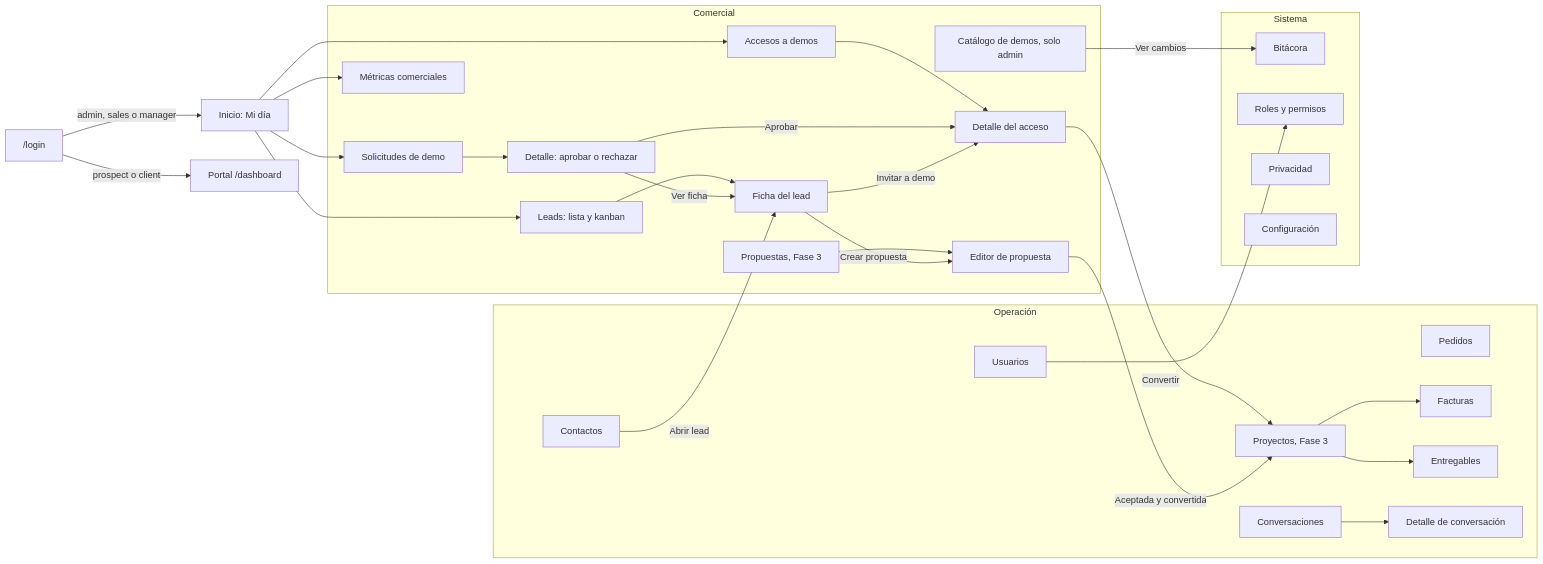
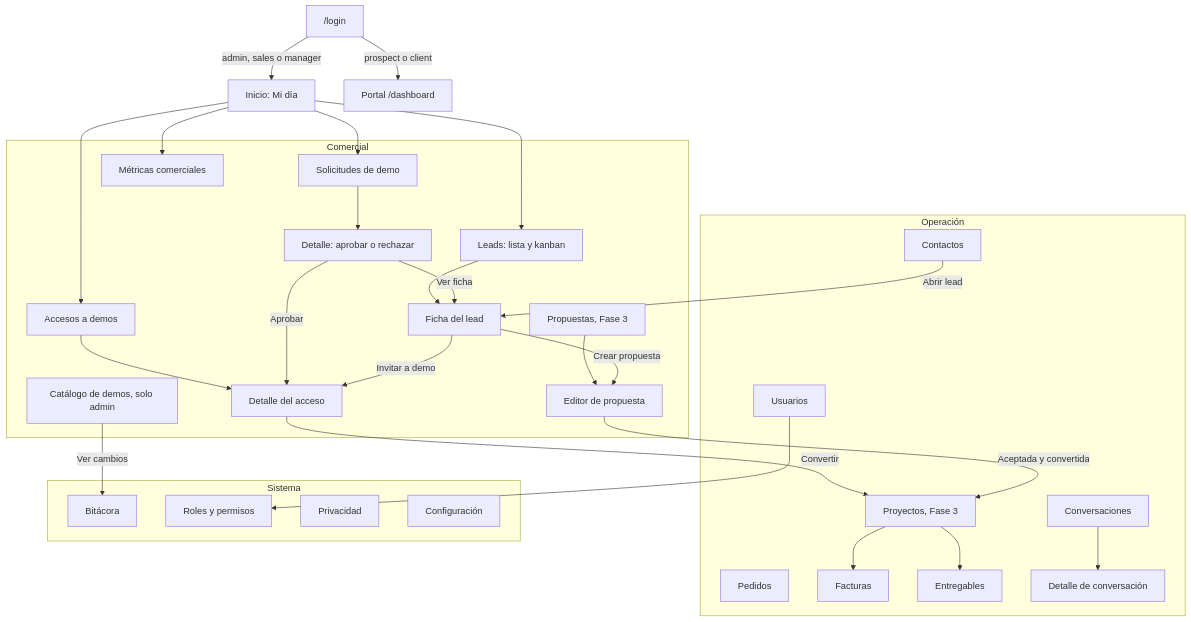
One commit to ronalc90/koptup changed the first of 3 diagrams in docs/wiki/05-Panel-de-Administracion.md. Above: the diagram before and after it, drawn with Mermaid. The commit also changed other lines of this file and 161 other files, not shown here.

First line of the commit message:
docs(wiki): portada, vision, diagnostico, catalogo, roadmap y reposicionamiento RAG

````diff
--- a/docs/wiki/05-Panel-de-Administracion.md
+++ b/docs/wiki/05-Panel-de-Administracion.md
@@ -165,43 +181,43 @@
 ```mermaid
-flowchart LR
+flowchart TD
   LG["/login"] -->|"admin, sales o manager"| HOME["Inicio: Mi día"]
   LG -->|"prospect o client"| PORTAL["Portal /dashboard"]
   subgraph COM["Comercial"]
     SOL["Solicitudes de demo"] --> SOLD["Detalle: aprobar o rechazar"]
     ACC["Accesos a demos"] --> ACCD["Detalle del acceso"]
     LEA["Leads: lista y kanban"] --> LEAD["Ficha del lead"]
     PRO["Propuestas, Fase 3"] --> PROD["Editor de propuesta"]
     MET["Métricas comerciales"]
     CAT["Catálogo de demos, solo admin"]
   end
   subgraph OPE["Operación"]
     CON["Contactos"]
     USU["Usuarios"]
     PRJ["Proyectos, Fase 3"]
     PED["Pedidos"]
     FAC["Facturas"]
     ENT["Entregables"]
     CNV["Conversaciones"] --> CNVD["Detalle de conversación"]
   end
   subgraph SIS["Sistema"]
     BIT["Bitácora"]
     ROL["Roles y permisos"]
     PRI["Privacidad"]
     CFG["Configuración"]
   end
   HOME --> SOL
   HOME --> ACC
   HOME --> LEA
   HOME --> MET
   SOLD -->|"Aprobar"| ACCD
   SOLD -->|"Ver ficha"| LEAD
   ACCD -->|"Convertir"| PRJ
   LEAD -->|"Invitar a demo"| ACCD
   LEAD -->|"Crear propuesta"| PROD
   PROD -->|"Aceptada y convertida"| PRJ
   CON -->|"Abrir lead"| LEAD
   USU --> ROL
   CAT -->|"Ver cambios"| BIT
   PRJ --> ENT
   PRJ --> FAC
 ```
````
